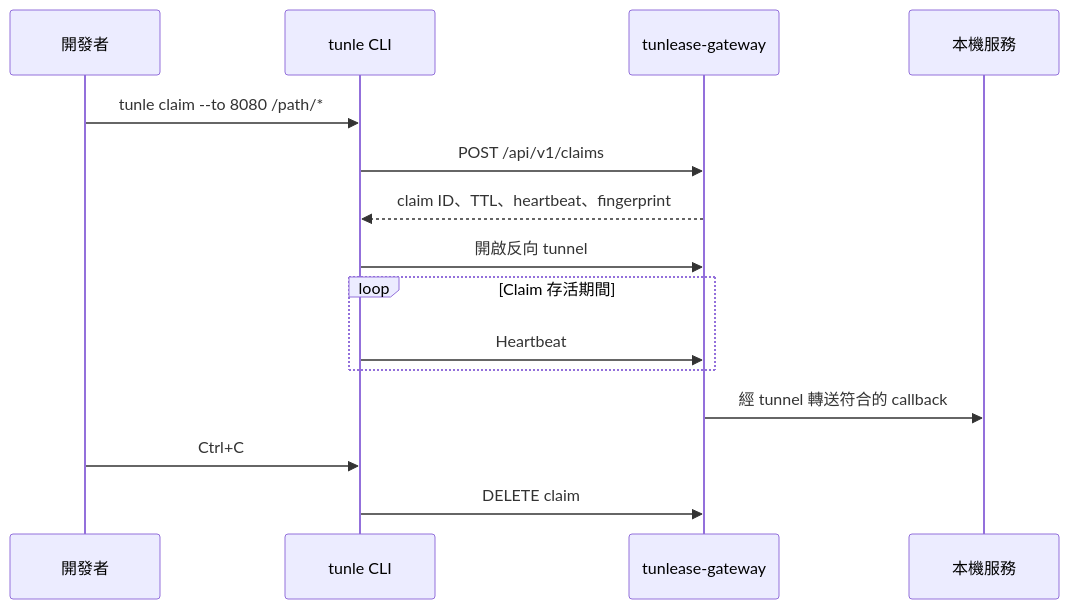
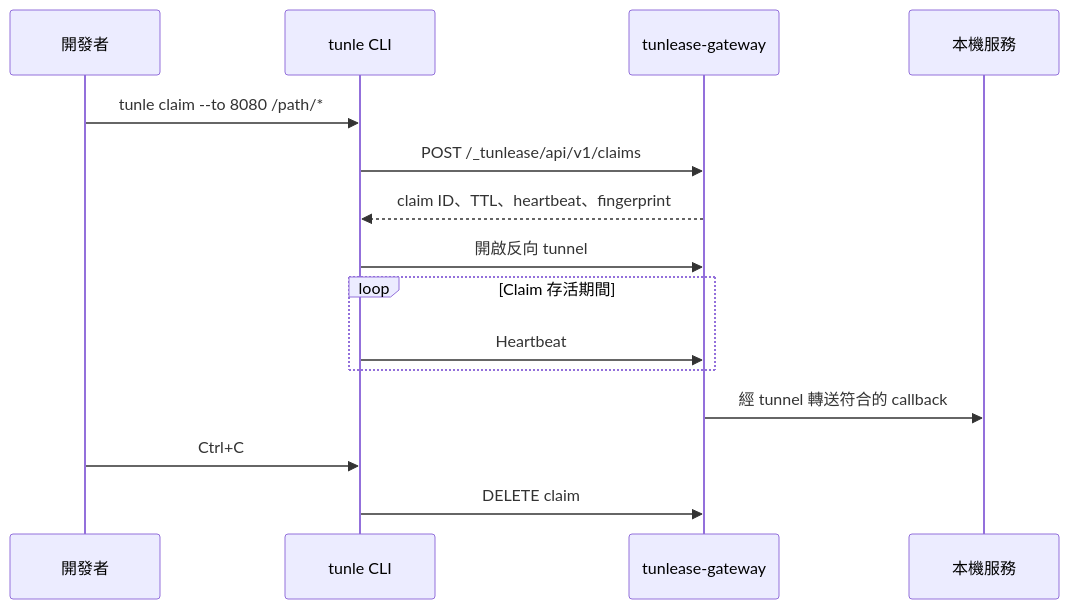
Before and after one commit to iml885203/tunlease: the third of 3 diagrams in docs/architecture.zh-TW.md, drawn with Mermaid. The commit also changed other lines of this file and 19 other files, not shown here.

````diff
--- a/docs/architecture.zh-TW.md
+++ b/docs/architecture.zh-TW.md
@@ -73,18 +83,18 @@
 ```mermaid
 sequenceDiagram
     participant Dev as 開發者
     participant CLI as tunle CLI
     participant GW as tunlease-gateway
     participant Local as 本機服務
 
     Dev->>CLI: tunle claim --to 8080 /path/*
-    CLI->>GW: POST /api/v1/claims
+    CLI->>GW: POST /_tunlease/api/v1/claims
     GW-->>CLI: claim ID、TTL、heartbeat、fingerprint
     CLI->>GW: 開啟反向 tunnel
     loop Claim 存活期間
         CLI->>GW: Heartbeat
     end
     GW->>Local: 經 tunnel 轉送符合的 callback
     Dev->>CLI: Ctrl+C
     CLI->>GW: DELETE claim
 ```
````
